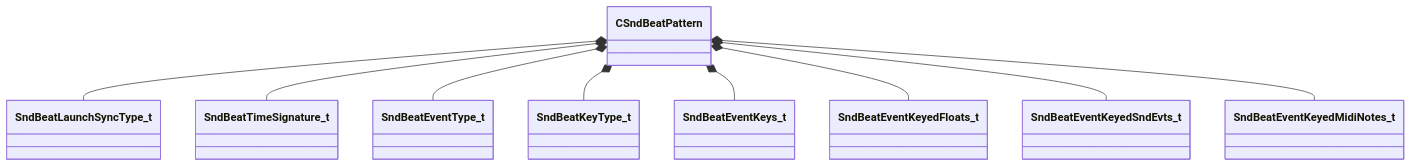
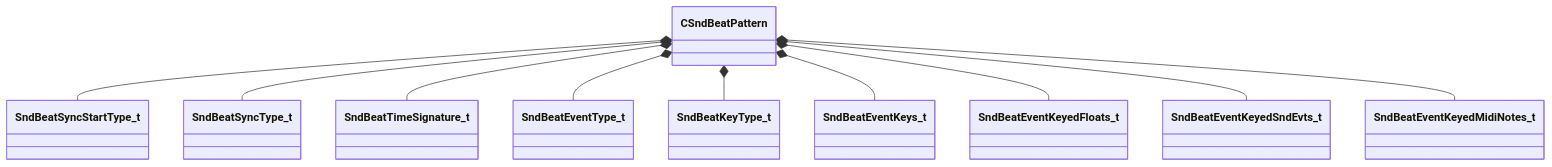
The diagram in docs/generated/schemas/soundsystem/CSndBeatPattern.md (CS2OpenDev/CS2OpenDev-Docs), drawn with Mermaid before and after one commit. The commit also changed other lines of this file and 4654 other files, not shown here.

Commit message:
docs: regenerate for SchemaTracker build 25947352 [skip ci]

````diff
--- a/docs/generated/schemas/soundsystem/CSndBeatPattern.md
+++ b/docs/generated/schemas/soundsystem/CSndBeatPattern.md
@@ -19,11 +19,12 @@
 ```mermaid
 classDiagram
-    CSndBeatPattern *-- SndBeatLaunchSyncType_t
+    CSndBeatPattern *-- SndBeatSyncStartType_t
+    CSndBeatPattern *-- SndBeatSyncType_t
     CSndBeatPattern *-- SndBeatTimeSignature_t
     CSndBeatPattern *-- SndBeatEventType_t
     CSndBeatPattern *-- SndBeatKeyType_t
     CSndBeatPattern *-- SndBeatEventKeys_t
     CSndBeatPattern *-- SndBeatEventKeyedFloats_t
     CSndBeatPattern *-- SndBeatEventKeyedSndEvts_t
     CSndBeatPattern *-- SndBeatEventKeyedMidiNotes_t
 ```
````
